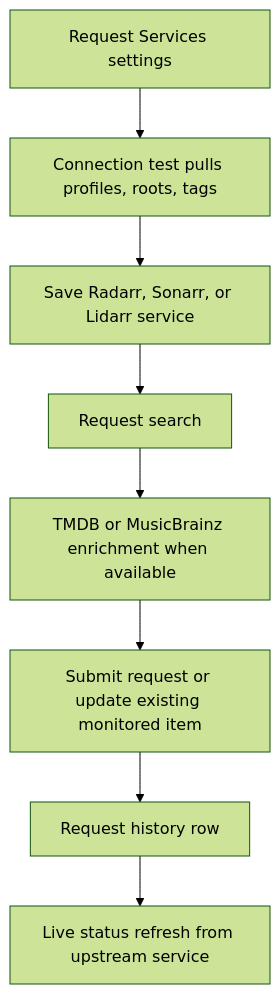
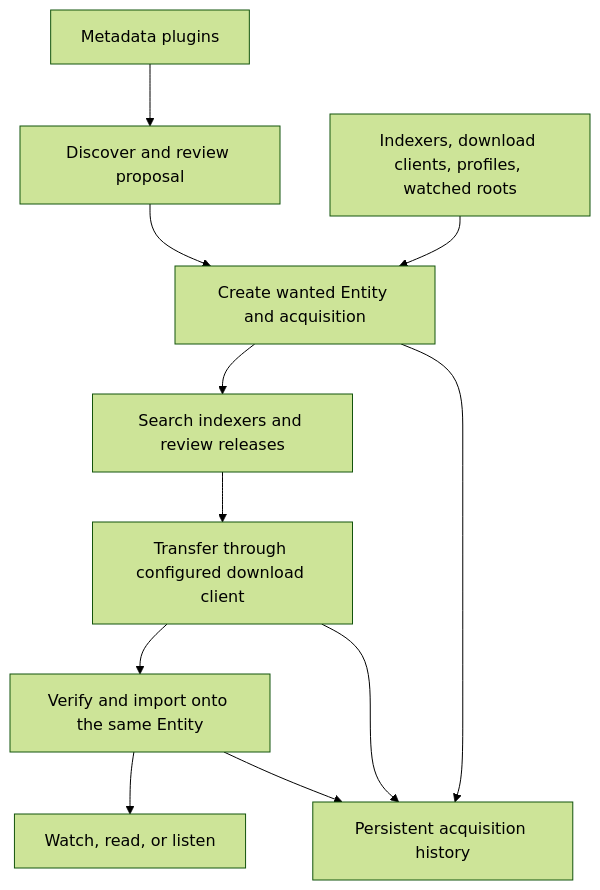
Before and after one commit to pauljoda/Prismedia: diagram 12 of 12 in documentation-site/docs/developers/codebase-flow.md, drawn with Mermaid (forest theme). The commit also changed other lines of this file and 13 other files, not shown here.

````diff
--- a/documentation-site/docs/developers/codebase-flow.md
+++ b/documentation-site/docs/developers/codebase-flow.md
@@ -327,10 +327,13 @@
 ```mermaid
 flowchart TD
-  Settings["Request Services settings"] --> Test["Connection test pulls profiles, roots, tags"]
-  Test --> Save["Save Radarr, Sonarr, or Lidarr service"]
-  Save --> Search["Request search"]
-  Search --> Enrich["TMDB or MusicBrainz enrichment when available"]
-  Enrich --> Submit["Submit request or update existing monitored item"]
-  Submit --> History["Request history row"]
-  History --> LiveStatus["Live status refresh from upstream service"]
+  Plugins["Metadata plugins"] --> Search["Discover and review proposal"]
+  Settings["Indexers, download clients, profiles, watched roots"] --> Submit["Create wanted Entity and acquisition"]
+  Search --> Submit
+  Submit --> Releases["Search indexers and review releases"]
+  Releases --> Download["Transfer through configured download client"]
+  Download --> Import["Verify and import onto the same Entity"]
+  Import --> Ready["Watch, read, or listen"]
+  Submit --> History["Persistent acquisition history"]
+  Download --> History
+  Import --> History
 ```
````
